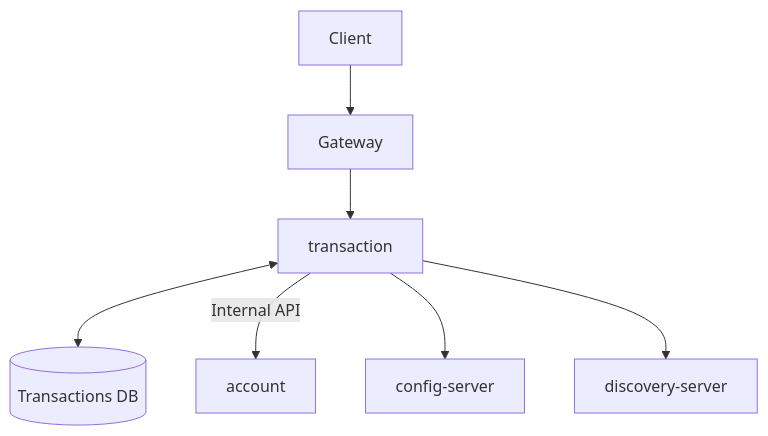
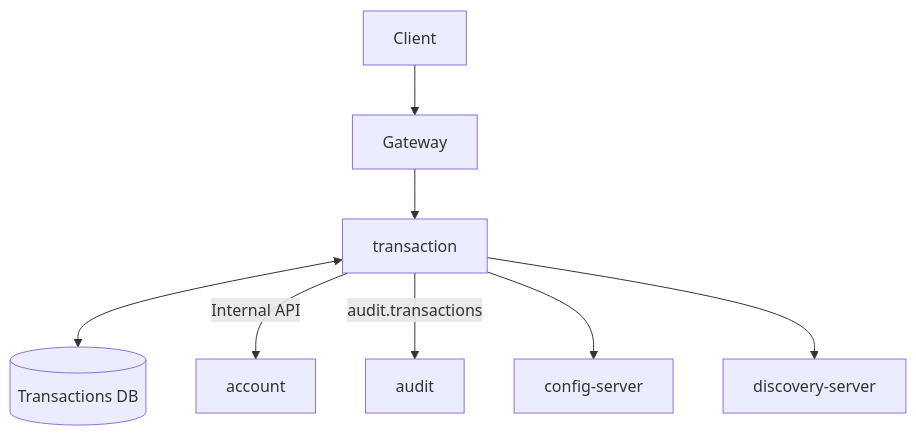
The diagram in services/transaction/README.md (Lfav07/amerbank-micro), drawn with Mermaid before and after one commit. The commit also changed other lines of this file and 3 other files, not shown here.

````diff
--- a/services/transaction/README.md
+++ b/services/transaction/README.md
@@ -16,9 +17,10 @@
 ```mermaid
 graph TD
     Client --> Gateway;
     Gateway --> transaction;
     transaction <--> TransactionsDB[(Transactions DB)]
     transaction -->|Internal API| account;
+    transaction -->|"audit.transactions"| audit
     transaction --> config-server
     transaction --> discovery-server
 ```
````
